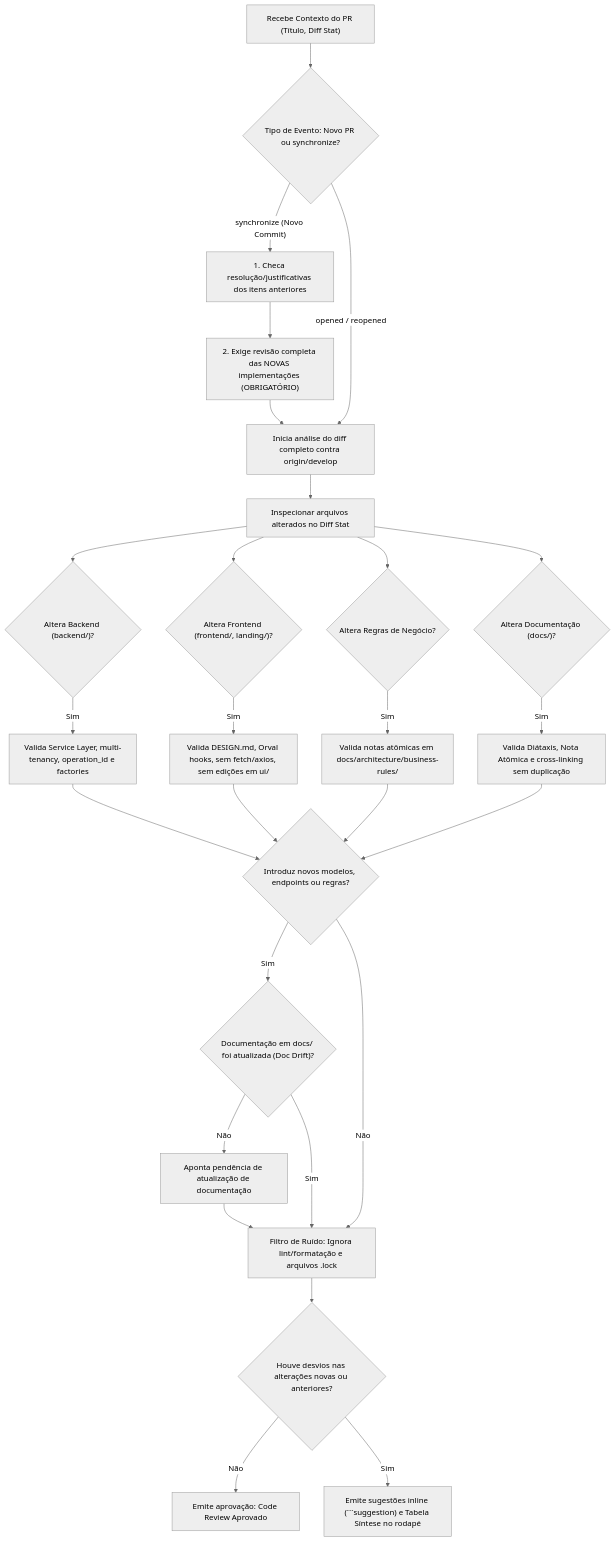
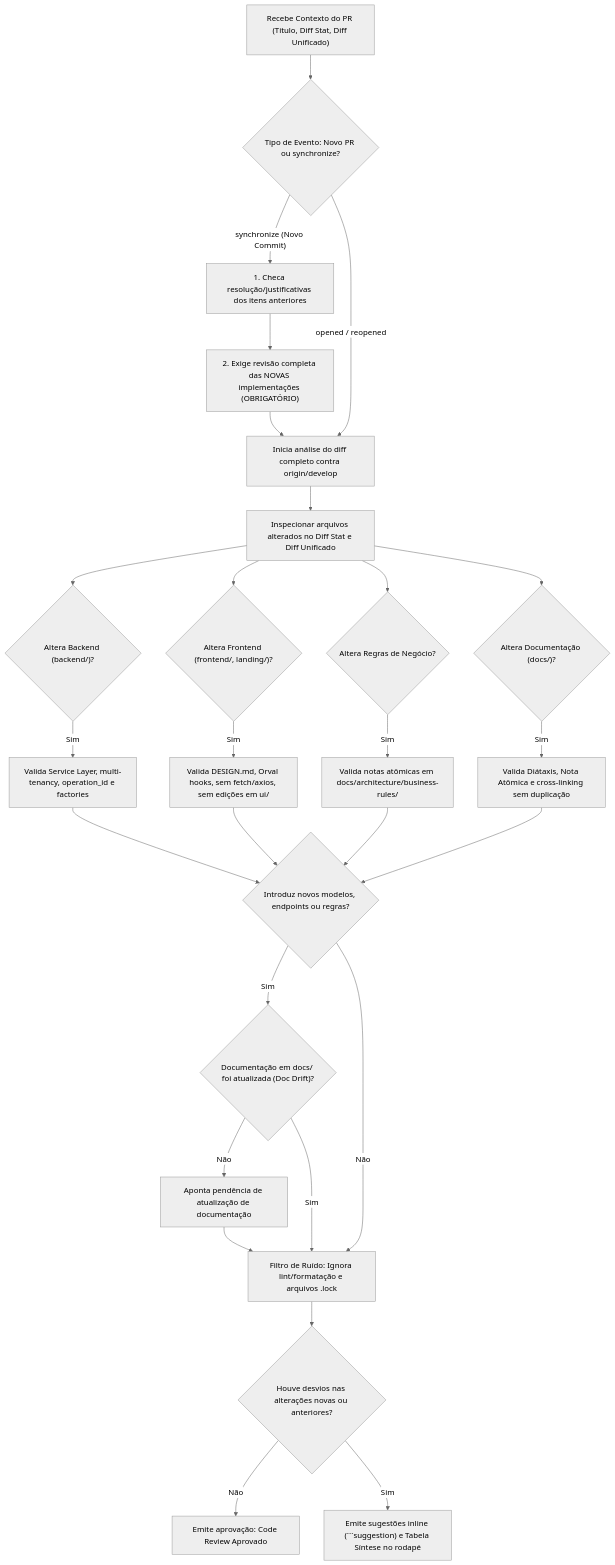
One commit to Rafaelp122/wedding_management changed the second of 2 diagrams in docs/reference/ci-cd/ai-code-review-spec.md. Above: the diagram before and after it, drawn with Mermaid (neutral theme). The commit also changed other lines of this file and 70 other files, not shown here.

`````diff
--- a/docs/reference/ci-cd/ai-code-review-spec.md
+++ b/docs/reference/ci-cd/ai-code-review-spec.md
@@ -55,32 +55,32 @@
-````mermaid
+```mermaid
 flowchart TD
-    A["Recebe Contexto do PR (Título, Diff Stat)"] --> B{"Tipo de Evento: Novo PR ou synchronize?"}
+    A["Recebe Contexto do PR (Título, Diff Stat, Diff Unificado)"] --> B{"Tipo de Evento: Novo PR ou synchronize?"}
     B -- "synchronize (Novo Commit)" --> C1["1. Checa resolução/justificativas dos itens anteriores"]
     C1 --> C2["2. Exige revisão completa das NOVAS implementações (OBRIGATÓRIO)"]
     B -- "opened / reopened" --> D["Inicia análise do diff completo contra origin/develop"]
     C2 --> D
-    D --> E["Inspecionar arquivos alterados no Diff Stat"]
+    D --> E["Inspecionar arquivos alterados no Diff Stat e Diff Unificado"]
 
     E --> F1{"Altera Backend (backend/)?"}
     F1 -- Sim --> G1["Valida Service Layer, multi-tenancy, operation_id e factories"]
 
     E --> F2{"Altera Frontend (frontend/, landing/)?"}
     F2 -- Sim --> G2["Valida DESIGN.md, Orval hooks, sem fetch/axios, sem edições em ui/"]
 
     E --> F3{"Altera Regras de Negócio?"}
     F3 -- Sim --> G3["Valida notas atômicas em docs/architecture/business-rules/"]
 
     E --> F4{"Altera Documentação (docs/)?"}
     F4 -- Sim --> G4["Valida Diátaxis, Nota Atômica e cross-linking sem duplicação"]
 
     G1 & G2 & G3 & G4 --> H{"Introduz novos modelos, endpoints ou regras?"}
     H -- Sim --> I{"Documentação em docs/ foi atualizada (Doc Drift)?"}
     I -- Não --> J["Aponta pendência de atualização de documentação"]
     I -- Sim --> K["Filtro de Ruído: Ignora lint/formatação e arquivos .lock"]
     H -- Não --> K
     J --> K
 
     K --> L{"Houve desvios nas alterações novas ou anteriores?"}
     L -- Não --> M["Emite aprovação: Code Review Aprovado"]
     L -- Sim --> N["Emite sugestões inline (```suggestion) e Tabela Síntese no rodapé"]
-````
+```
`````
